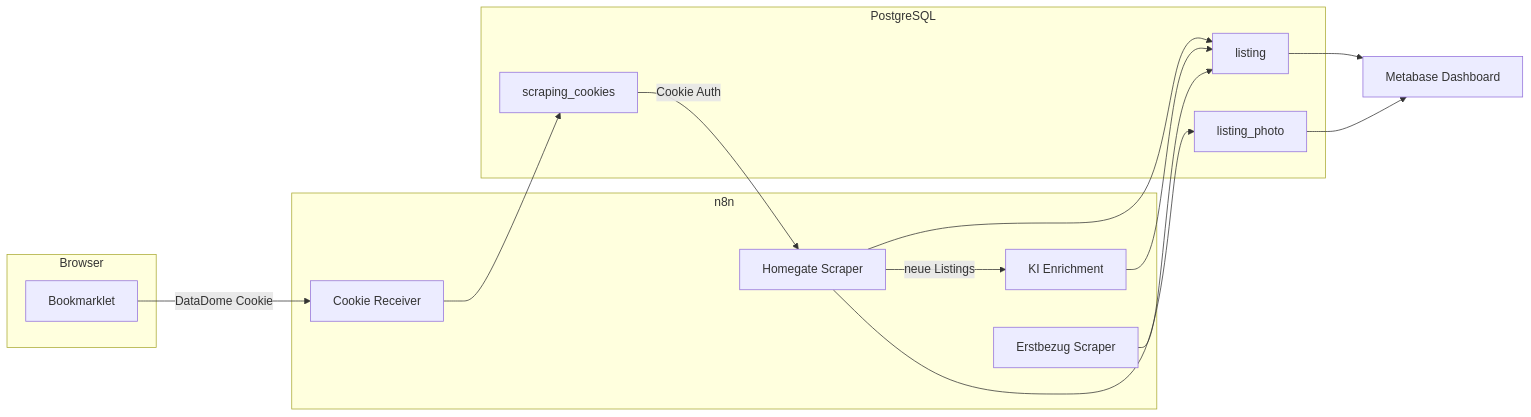
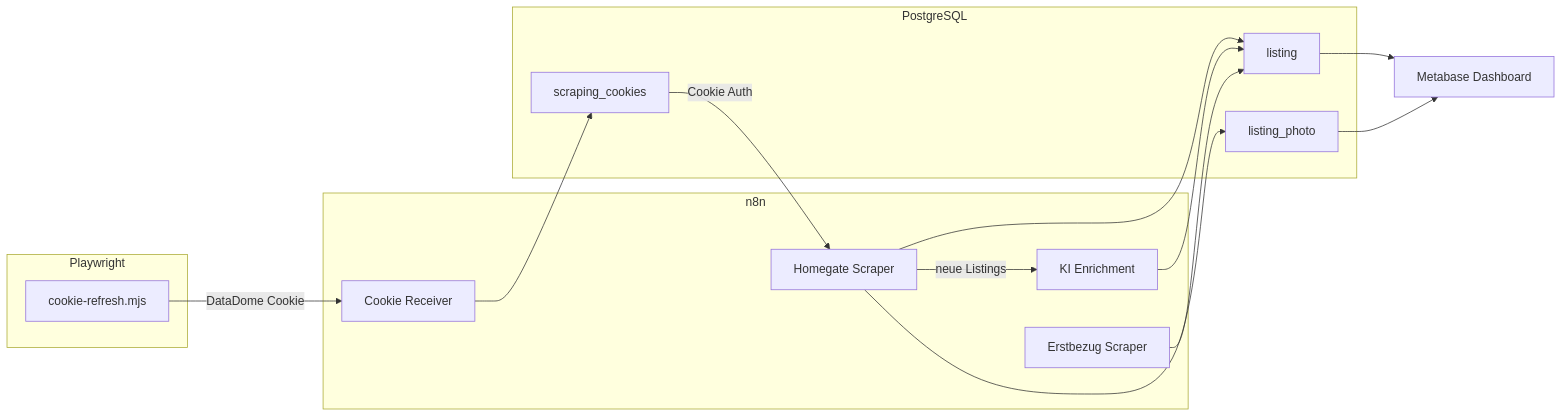
One commit to derever-labs/homelab-wiki changed the diagram in docs/services/productivity/immobilien-monitoring.md. Above: the diagram before and after it, drawn with Mermaid. The commit also changed other lines of this file, not shown here.

Commit message:
docs(immo-monitor): Playwright primär (Bookmarklet als Fallback)

````diff
--- a/docs/services/productivity/immobilien-monitoring.md
+++ b/docs/services/productivity/immobilien-monitoring.md
@@ -30,30 +30,30 @@
 ```mermaid
 flowchart LR
-    subgraph Browser
-        BM[Bookmarklet]
+    subgraph Playwright
+        CR[cookie-refresh.mjs]
     end
 
     subgraph n8n
         WH[Cookie Receiver]
         HG[Homegate Scraper]
         EB[Erstbezug Scraper]
         KI[KI Enrichment]
     end
 
     subgraph PostgreSQL
         SC[scraping_cookies]
         LS[listing]
         LP[listing_photo]
     end
 
     MB[Metabase Dashboard]
 
-    BM -->|DataDome Cookie| WH --> SC
+    CR -->|DataDome Cookie| WH --> SC
     SC -->|Cookie Auth| HG
     HG --> LS
     HG --> LP
     HG -->|neue Listings| KI --> LS
     EB --> LS
     LS --> MB
     LP --> MB
 ```
````
